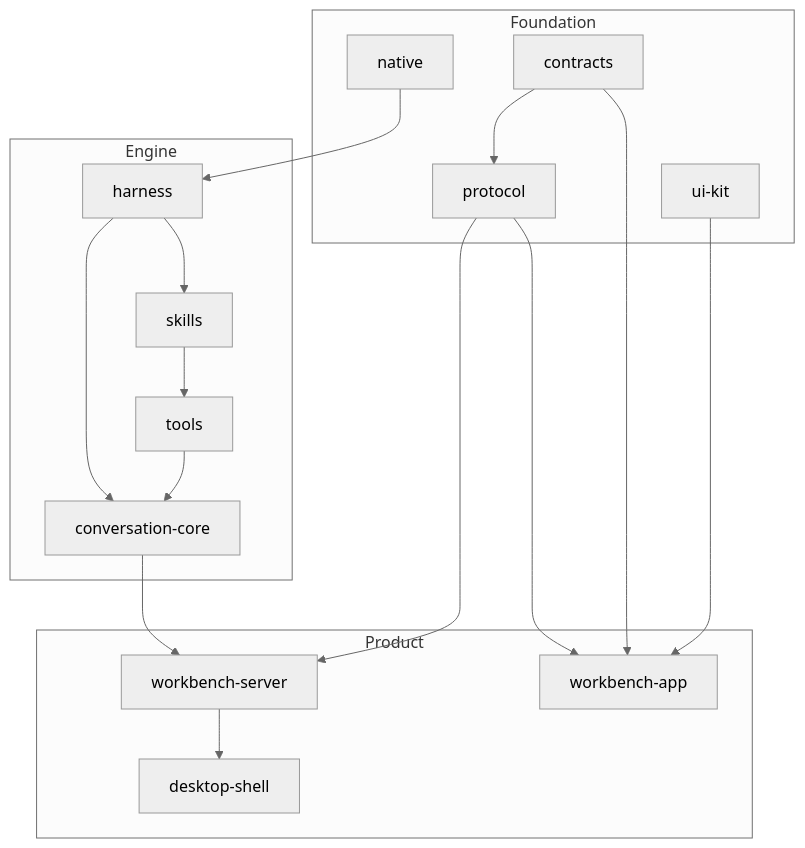
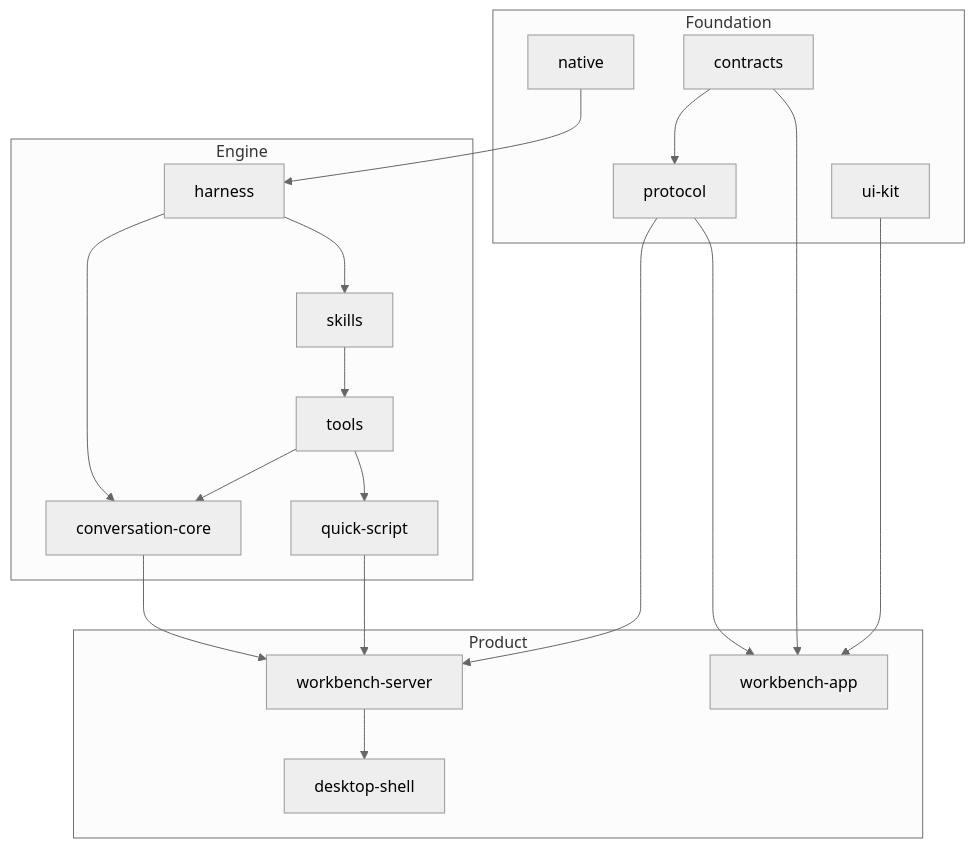
The diagram in docs/architecture/codebase.md (ThilinaTLM/nerve), drawn with Mermaid (neutral theme) before and after one commit. The commit also changed other lines of this file and 180 other files, not shown here.

First line of the commit message:
refactor(quick-script): move runtime and extensions into @nervekit/quick-script

````diff
--- a/docs/architecture/codebase.md
+++ b/docs/architecture/codebase.md
@@ -5,26 +5,28 @@
 ```mermaid
 flowchart TB
   subgraph Foundation
     contracts
     protocol
     native
     ui-kit
   end
   subgraph Engine
     harness --> skills
     skills --> tools
+    tools --> quick-script
     harness --> conversation-core
     tools --> conversation-core
   end
   subgraph Product
     workbench-server --> desktop-shell
     workbench-app
   end
   contracts --> protocol
   native --> harness
   conversation-core --> workbench-server
+  quick-script --> workbench-server
   protocol --> workbench-server
   protocol --> workbench-app
   contracts --> workbench-app
   ui-kit --> workbench-app
 ```
````
